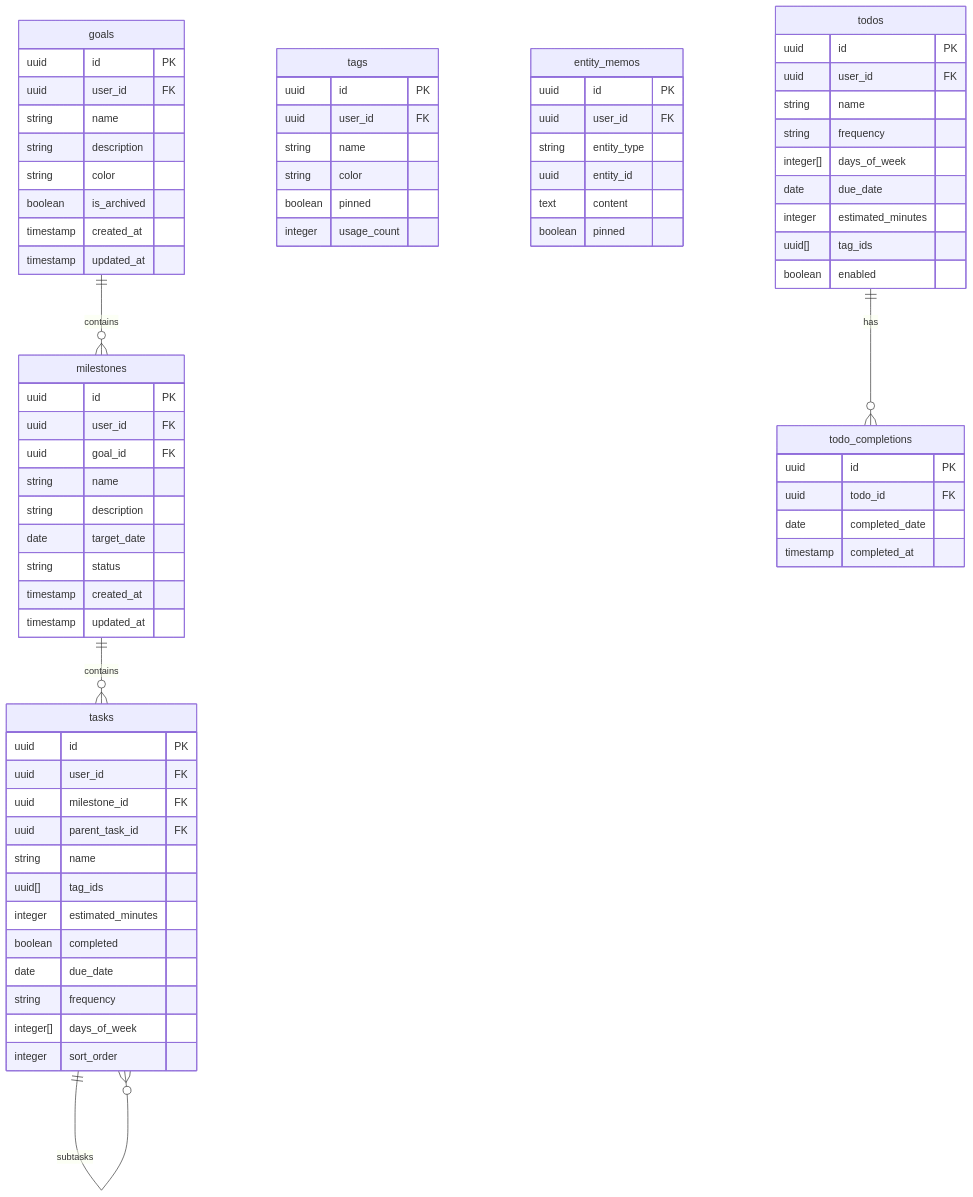
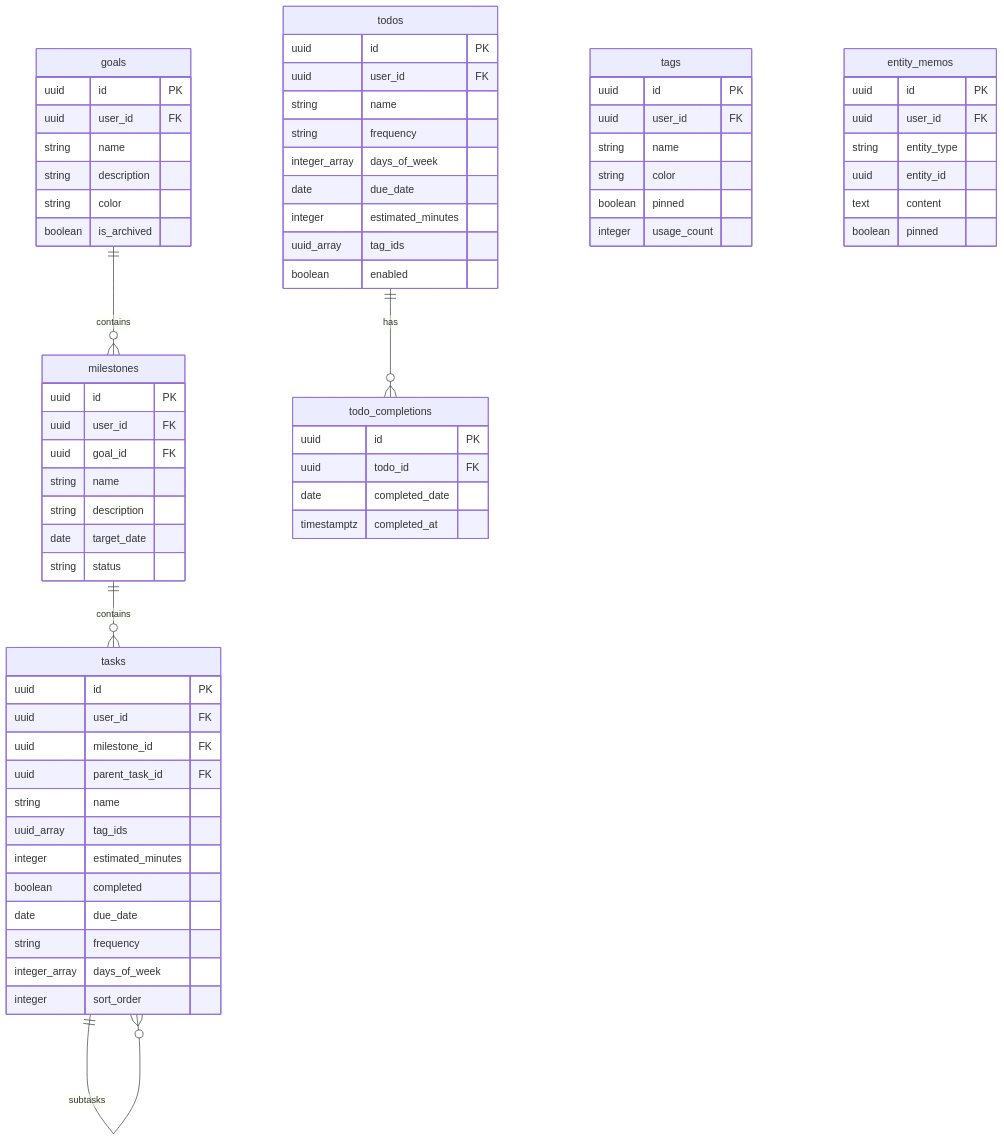
One commit to yu-min3/kensan changed the second of 5 diagrams in backend/services/task/ARCHITECTURE.md. Above: the diagram before and after it, drawn with Mermaid. The commit also changed other lines of this file and 117 other files, not shown here.

````diff
--- a/backend/services/task/ARCHITECTURE.md
+++ b/backend/services/task/ARCHITECTURE.md
@@ -40,82 +59,78 @@
 ```mermaid
 erDiagram
+    goals ||--o{ milestones : "contains"
+    milestones ||--o{ tasks : "contains"
+    tasks ||--o{ tasks : "subtasks"
+    todos ||--o{ todo_completions : "has"
+
     goals {
         uuid id PK
         uuid user_id FK
         string name
         string description
         string color
         boolean is_archived
-        timestamp created_at
-        timestamp updated_at
     }
 
     milestones {
         uuid id PK
         uuid user_id FK
         uuid goal_id FK
         string name
         string description
         date target_date
         string status
-        timestamp created_at
-        timestamp updated_at
+    }
+
+    tasks {
+        uuid id PK
+        uuid user_id FK
+        uuid milestone_id FK
+        uuid parent_task_id FK
+        string name
+        uuid_array tag_ids
+        integer estimated_minutes
+        boolean completed
+        date due_date
+        string frequency
+        integer_array days_of_week
+        integer sort_order
     }
 
     tags {
         uuid id PK
         uuid user_id FK
         string name
         string color
         boolean pinned
         integer usage_count
     }
 
-    tasks {
+    todos {
         uuid id PK
         uuid user_id FK
-        uuid milestone_id FK
-        uuid parent_task_id FK
         string name
-        uuid[] tag_ids
+        string frequency
+        integer_array days_of_week
+        date due_date
         integer estimated_minutes
-        boolean completed
-        date due_date
-        string frequency
-        integer[] days_of_week
-        integer sort_order
+        uuid_array tag_ids
+        boolean enabled
+    }
+
+    todo_completions {
+        uuid id PK
+        uuid todo_id FK
+        date completed_date
+        timestamptz completed_at
     }
 
     entity_memos {
         uuid id PK
         uuid user_id FK
         string entity_type
         uuid entity_id
         text content
         boolean pinned
     }
-
-    todos {
-        uuid id PK
-        uuid user_id FK
-        string name
-        string frequency
-        integer[] days_of_week
-        date due_date
-        integer estimated_minutes
-        uuid[] tag_ids
-        boolean enabled
-    }
-
-    todo_completions {
-        uuid id PK
-        uuid todo_id FK
-        date completed_date
-        timestamp completed_at
-    }
-
-    goals ||--o{ milestones : "contains"
-    milestones ||--o{ tasks : "contains"
-    tasks ||--o{ tasks : "subtasks"
-    todos ||--o{ todo_completions : "has"
 ```
````
